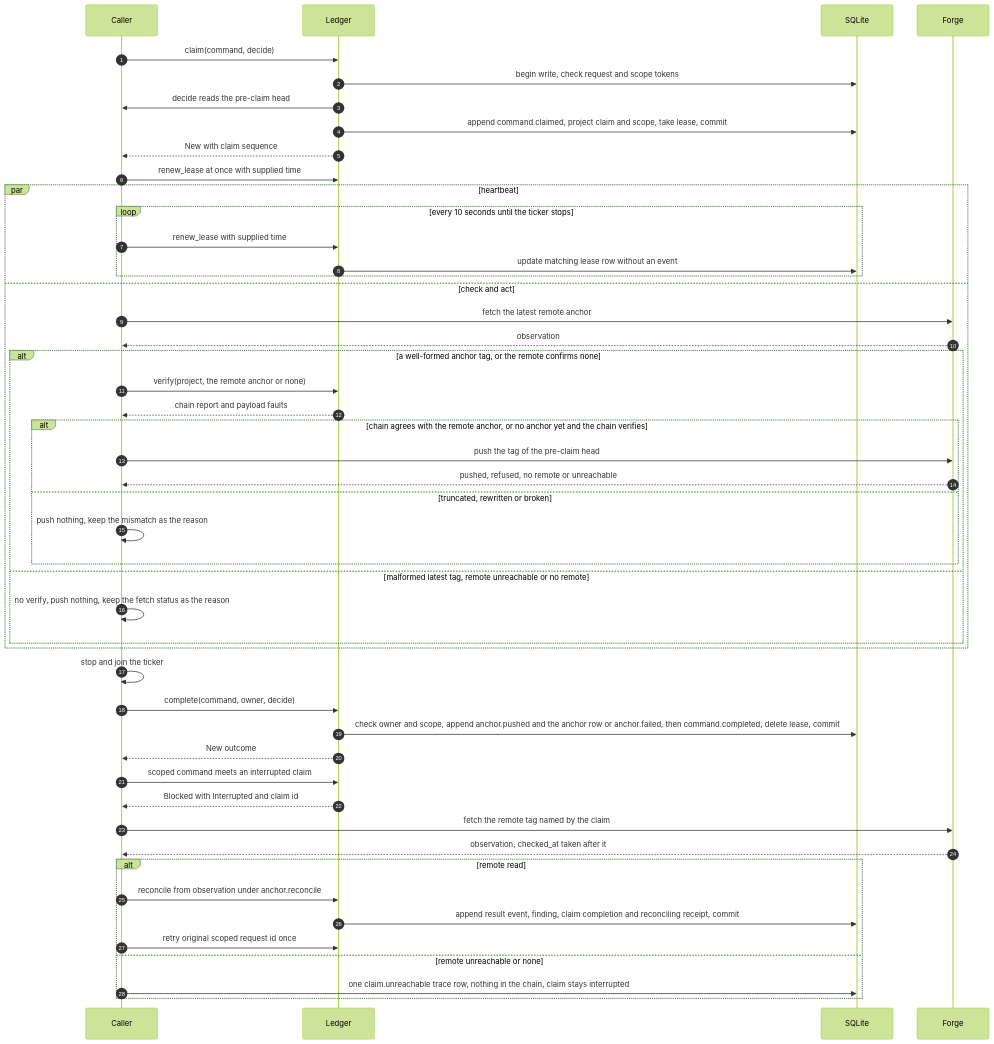
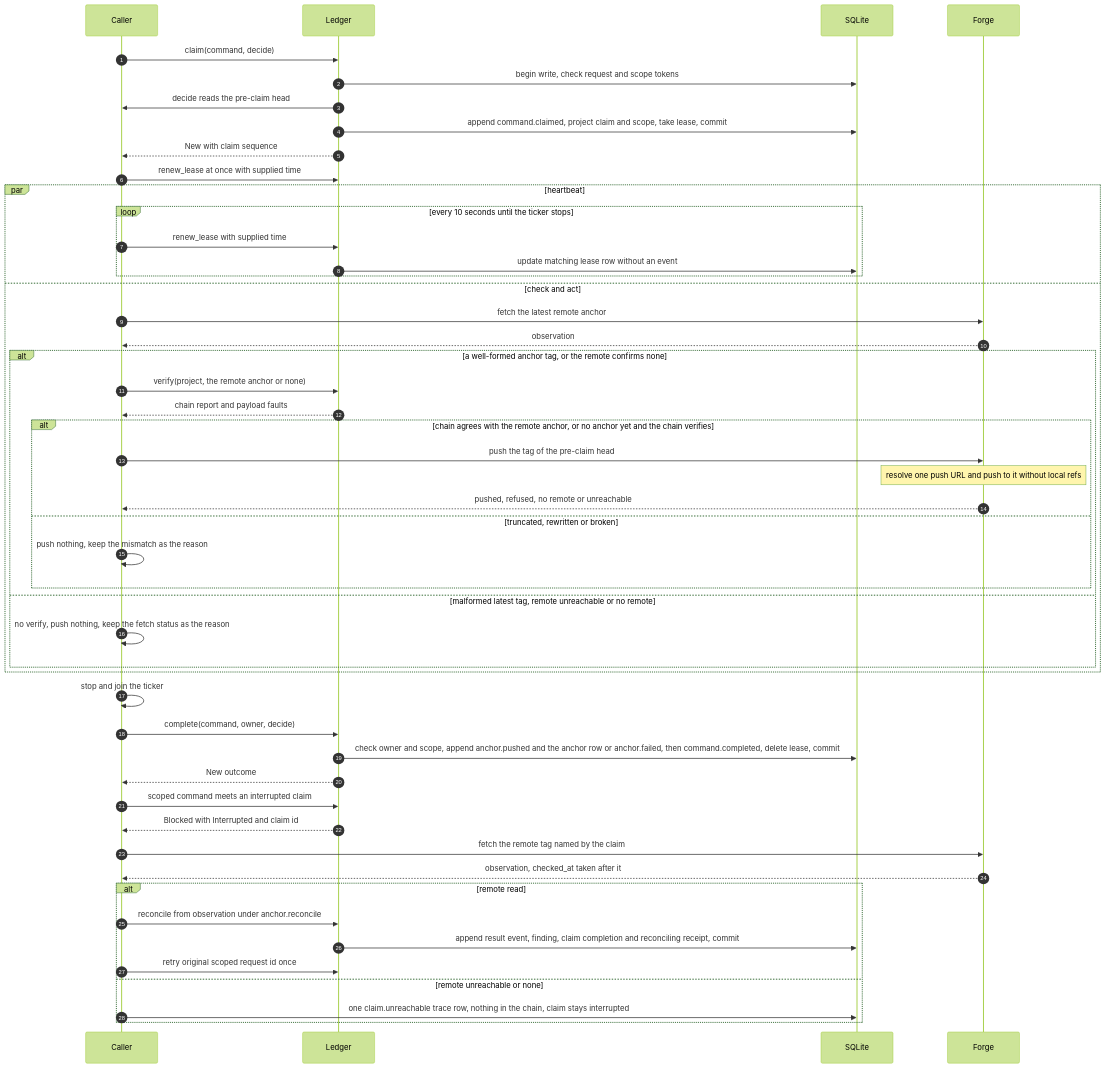
Before and after one commit to crenshawdev/baley: the sixth of 14 diagrams in docs/design/0001-evidence-ledger.md, drawn with Mermaid (forest theme). The commit also changed other lines of this file and 5 other files, not shown here.

````diff
--- a/docs/design/0001-evidence-ledger.md
+++ b/docs/design/0001-evidence-ledger.md
@@ -474,50 +479,51 @@
 ```mermaid
 sequenceDiagram
   autonumber
   participant C as Caller
   participant L as Ledger
   participant Q as SQLite
   participant F as Forge
   C->>L: claim(command, decide)
   L->>Q: begin write, check request and scope tokens
   L->>C: decide reads the pre-claim head
   L->>Q: append command.claimed, project claim and scope, take lease, commit
   L-->>C: New with claim sequence
   C->>L: renew_lease at once with supplied time
   par heartbeat
     loop every 10 seconds until the ticker stops
       C->>L: renew_lease with supplied time
       L->>Q: update matching lease row without an event
     end
   and check and act
     C->>F: fetch the latest remote anchor
     F-->>C: observation
     alt a well-formed anchor tag, or the remote confirms none
       C->>L: verify(project, the remote anchor or none)
       L-->>C: chain report and payload faults
       alt chain agrees with the remote anchor, or no anchor yet and the chain verifies
         C->>F: push the tag of the pre-claim head
+        Note over F: resolve one push URL and push to it without local refs
         F-->>C: pushed, refused, no remote or unreachable
       else truncated, rewritten or broken
         C->>C: push nothing, keep the mismatch as the reason
       end
     else malformed latest tag, remote unreachable or no remote
       C->>C: no verify, push nothing, keep the fetch status as the reason
     end
   end
   C->>C: stop and join the ticker
   C->>L: complete(command, owner, decide)
   L->>Q: check owner and scope, append anchor.pushed and the anchor row or anchor.failed, then command.completed, delete lease, commit
   L-->>C: New outcome
   C->>L: scoped command meets an interrupted claim
   L-->>C: Blocked with Interrupted and claim id
   C->>F: fetch the remote tag named by the claim
   F-->>C: observation, checked_at taken after it
   alt remote read
     C->>L: reconcile from observation under anchor.reconcile
     L->>Q: append result event, finding, claim completion and reconciling receipt, commit
     C->>L: retry original scoped request id once
   else remote unreachable or none
     C->>Q: one claim.unreachable trace row, nothing in the chain, claim stays interrupted
   end
 ```
````
